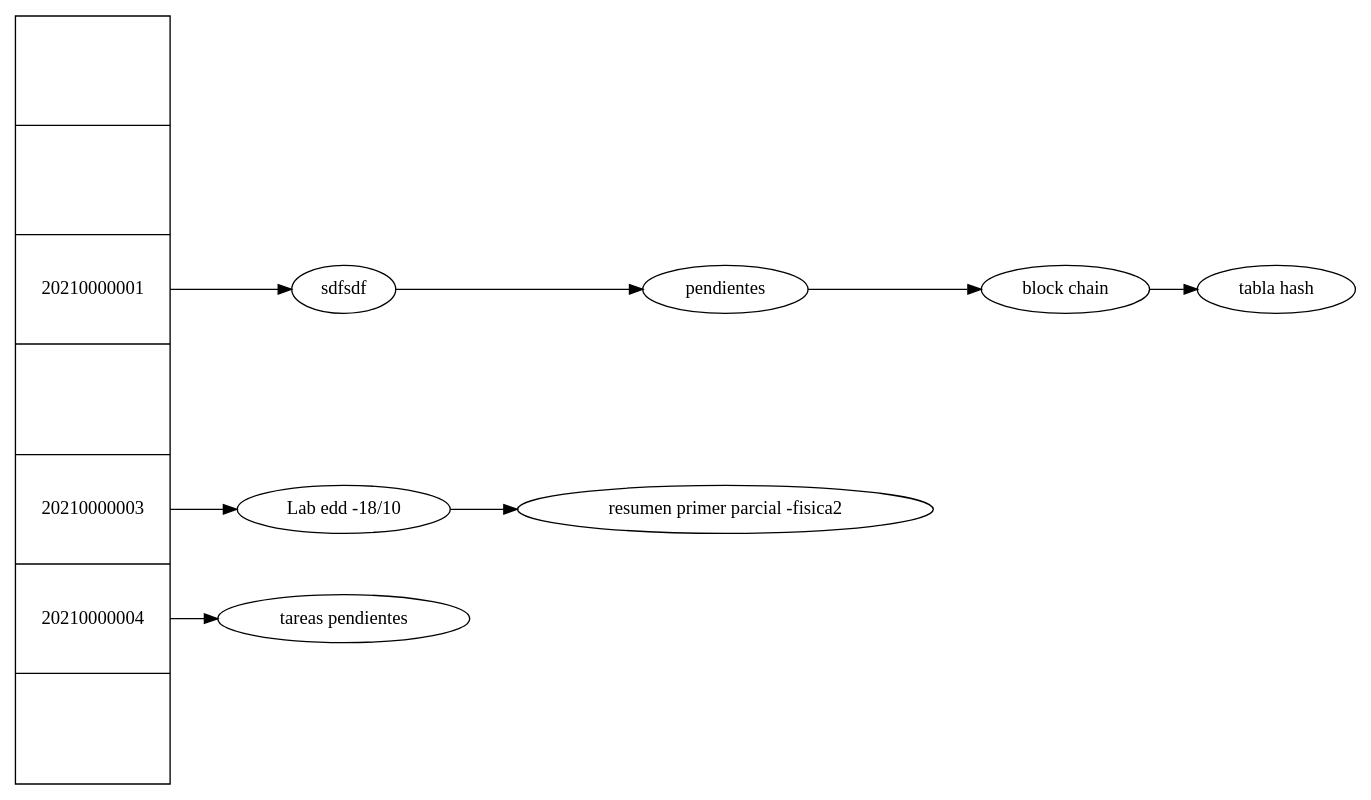
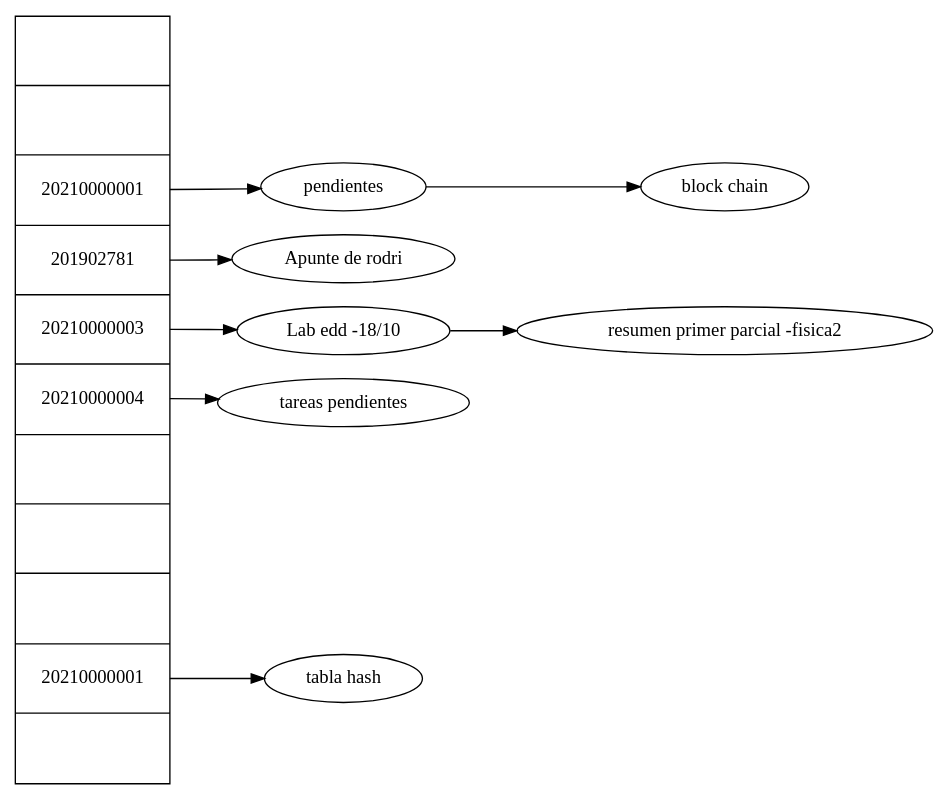
The diagram in Fase 3/frontend/src/pages/TablaHash/TablaHash.dot (rodriporon/EDD_SmartClass_201902781), drawn with Graphviz before and after one commit. The commit also changed 3 other files, not shown here.

```diff
--- a/Fase 3/frontend/src/pages/TablaHash/TablaHash.dot
+++ b/Fase 3/frontend/src/pages/TablaHash/TablaHash.dot
@@ -1,18 +1,18 @@
 digraph structs {
  rankdir=LR node[shape=record]; 
-struct1 [label="<f0> |<f1> |<f2> 20210000001|<f3> |<f4> 20210000003|<f5> 20210000004|<f6> " height=8];
-n20 [shape=ellipse, label="sdfsdf" pos="16, -2!"]struct1:f2 -> n20 
+struct1 [label="<f0> |<f1> |<f2> 20210000001|<f3> 201902781|<f4> 20210000003|<f5> 20210000004|<f6> |<f7> |<f8> |<f9> 20210000001|<f10> " height=8];
+n20 [shape=ellipse, label="pendientes" pos="16, -2!"]struct1:f2 -> n20 
 
-n21 [shape=ellipse, label="pendientes" pos="18, -2!"]n20 -> n21 
+n21 [shape=ellipse, label="block chain" pos="18, -2!"]n20 -> n21 
 
-n22 [shape=ellipse, label="block chain" pos="20, -2!"]n21 -> n22 
-
-n23 [shape=ellipse, label="tabla hash" pos="22, -2!"]n22 -> n23 
+n30 [shape=ellipse, label="Apunte de rodri" pos="16, -3!"]struct1:f3 -> n30 
 
 n40 [shape=ellipse, label="Lab edd -18/10" pos="16, -4!"]struct1:f4 -> n40 
 
 n41 [shape=ellipse, label="resumen primer parcial -fisica2" pos="18, -4!"]n40 -> n41 
 
 n50 [shape=ellipse, label="tareas pendientes" pos="16, -5!"]struct1:f5 -> n50 
 
+n90 [shape=ellipse, label="tabla hash" pos="16, -9!"]struct1:f9 -> n90 
+
 }
```
